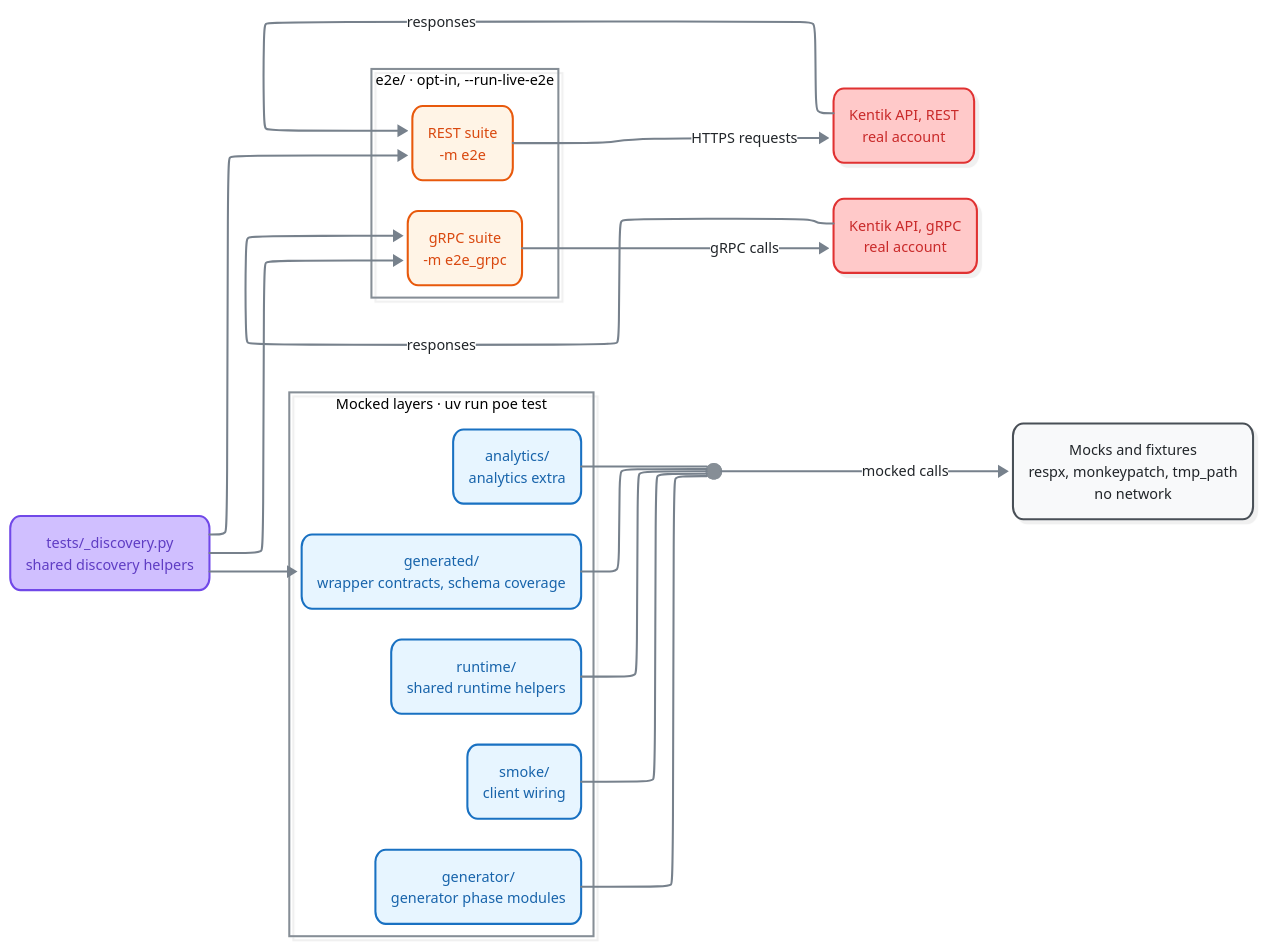
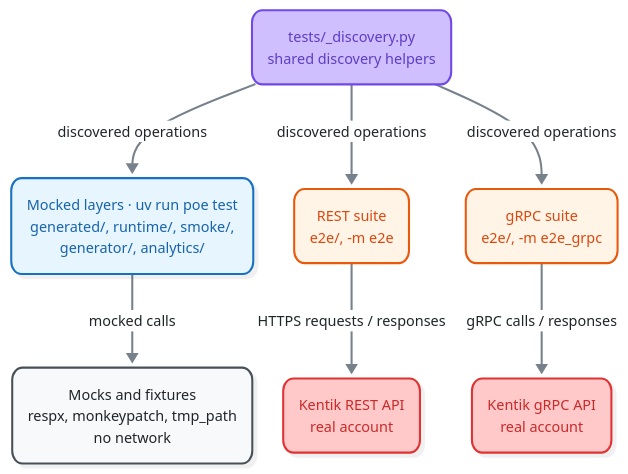
Before and after one commit to alexdearaujo/community_sdk_python: the diagram in tests/README.md, drawn with Mermaid. The commit also changed 9 other files, not shown here.

First line of the commit message:
docs: clean up the hand-written Mermaid diagrams

````diff
--- a/tests/README.md
+++ b/tests/README.md
@@ -21,58 +21,30 @@
 ```mermaid
-%%{init: {"theme": "redux", "look": "neo", "layout": "elk", "fontFamily": "ui-monospace, SFMono-Regular, Menlo, monospace", "themeVariables": {"fontFamily": "ui-monospace, SFMono-Regular, Menlo, monospace", "primaryColor": "#f8f9fa", "primaryBorderColor": "#495057", "primaryTextColor": "#212529", "textColor": "#212529", "lineColor": "#77818c", "edgeLabelBackground": "#ffffff", "actorBkg": "#f8f9fa", "actorBorder": "#495057", "actorTextColor": "#212529", "actorLineColor": "#a9b3be", "signalColor": "#57616d", "signalTextColor": "#212529", "labelBoxBkgColor": "#f8f9fa", "labelBoxBorderColor": "#495057", "labelTextColor": "#212529", "loopTextColor": "#57616d", "noteBkgColor": "#fff9db", "noteBorderColor": "#f08c00", "noteTextColor": "#a35a00"}, "flowchart": {"curve": "basis", "nodeSpacing": 30, "rankSpacing": 70, "wrappingWidth": 400}}}%%
-flowchart LR
+%%{init: {"theme": "redux", "look": "neo", "layout": "dagre", "fontFamily": "ui-monospace, SFMono-Regular, Menlo, monospace", "themeVariables": {"fontFamily": "ui-monospace, SFMono-Regular, Menlo, monospace", "primaryColor": "#f8f9fa", "primaryBorderColor": "#495057", "primaryTextColor": "#212529", "textColor": "#212529", "lineColor": "#77818c", "edgeLabelBackground": "#ffffff", "actorBkg": "#f8f9fa", "actorBorder": "#495057", "actorTextColor": "#212529", "actorLineColor": "#a9b3be", "signalColor": "#57616d", "signalTextColor": "#212529", "labelBoxBkgColor": "#f8f9fa", "labelBoxBorderColor": "#495057", "labelTextColor": "#212529", "loopTextColor": "#57616d", "noteBkgColor": "#fff9db", "noteBorderColor": "#f08c00", "noteTextColor": "#a35a00"}, "flowchart": {"curve": "basis", "nodeSpacing": 30, "rankSpacing": 70, "wrappingWidth": 400}}}%%
+flowchart TD
   disc("tests/_discovery.py<br/>shared discovery helpers"):::violetSrc
+  mocked("Mocked layers · uv run poe test<br/>generated/, runtime/, smoke/,<br/>generator/, analytics/"):::blue
+  rest("REST suite<br/>e2e/, -m e2e"):::orange
+  grpc("gRPC suite<br/>e2e/, -m e2e_grpc"):::orange
+  mocks("Mocks and fixtures<br/>respx, monkeypatch, tmp_path<br/>no network"):::hub
+  apiRest("Kentik REST API<br/>real account"):::redSrc
+  apiGrpc("Kentik gRPC API<br/>real account"):::redSrc
 
-  subgraph mocked["Mocked layers · uv run poe test"]
-    gen("generated/<br/>wrapper contracts, schema coverage"):::blue
-    rt("runtime/<br/>shared runtime helpers"):::blue
-    sm("smoke/<br/>client wiring"):::blue
-    gr("generator/<br/>generator phase modules"):::blue
-    an("analytics/<br/>analytics extra"):::blue
-  end
-
-  subgraph live["e2e/ · opt-in, --run-live-e2e"]
-    rest("REST suite<br/>-m e2e"):::orange
-    grpc("gRPC suite<br/>-m e2e_grpc"):::orange
-  end
-
-  mocks("Mocks and fixtures<br/>respx, monkeypatch, tmp_path<br/>no network"):::hub
-  apiRest("Kentik API, REST<br/>real account"):::redSrc
-  apiGrpc("Kentik API, gRPC<br/>real account"):::redSrc
-
-  disc --> gen
-  disc --> rest
-  disc --> grpc
-  j1@{ shape: f-circ }
-  class j1 join
-  gen --- j1
-  rt --- j1
-  sm --- j1
-  gr --- j1
-  an --- j1
-  j1 -->|"mocked calls"| mocks
-  rest -->|"HTTPS requests"| apiRest
-  apiRest -->|"responses"| rest
-  grpc -->|"gRPC calls"| apiGrpc
-  apiGrpc -->|"responses"| grpc
+  disc -->|"discovered operations"| mocked
+  disc -->|"discovered operations"| rest
+  disc -->|"discovered operations"| grpc
+  mocked -->|"mocked calls"| mocks
+  rest -->|"HTTPS requests / responses"| apiRest
+  grpc -->|"gRPC calls / responses"| apiGrpc
 
   click disc "_discovery.py"
-  click gen "generated/README.md"
-  click rt "runtime/README.md"
-  click sm "smoke/README.md"
-  click gr "generator/README.md"
-  click an "analytics/fixtures/README.md"
   click rest "e2e/test_endpoints_e2e.py"
   click grpc "e2e/test_endpoints_e2e_grpc.py"
 
   classDef violetSrc fill:#d0bfff,stroke:#7048e8,color:#5f3dc4
   classDef blue fill:#e7f5ff,stroke:#1971c2,color:#1864ab
   classDef orange fill:#fff4e6,stroke:#e8590c,color:#d9480f
   classDef redSrc fill:#ffc9c9,stroke:#e03131,color:#c92a2a
   classDef hub fill:#f8f9fa,stroke:#495057,color:#212529
   classDef violetSrc,blue,orange,redSrc,hub stroke-width:2px,rx:10px
-  classDef join fill:#868e96,stroke:#868e96
-  style mocked fill:none,stroke:#868e96,stroke-width:2px
-  style live fill:none,stroke:#868e96,stroke-width:2px
   linkStyle default stroke-width:2px,stroke-linecap:round,stroke-linejoin:round
 ```
````
